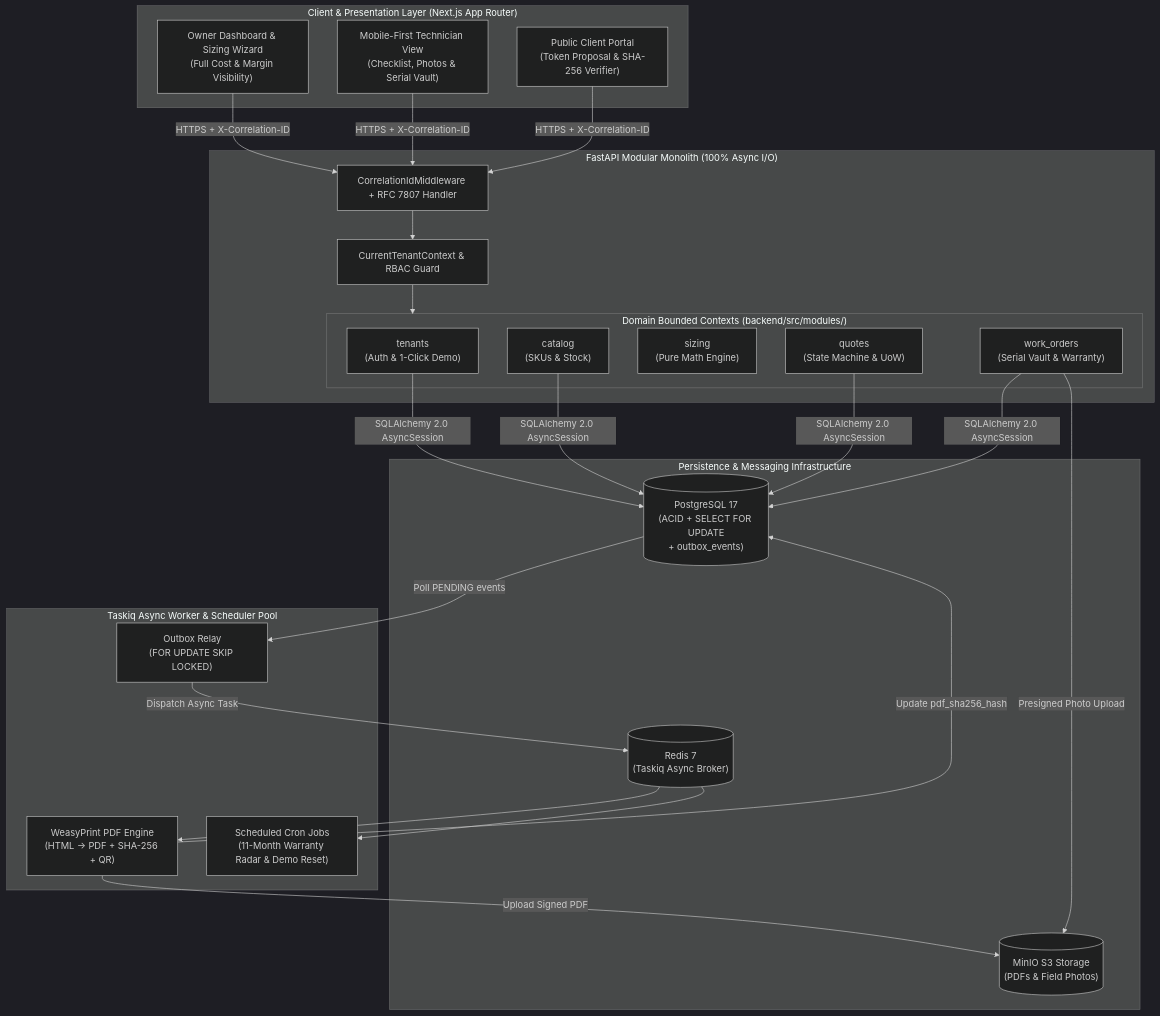
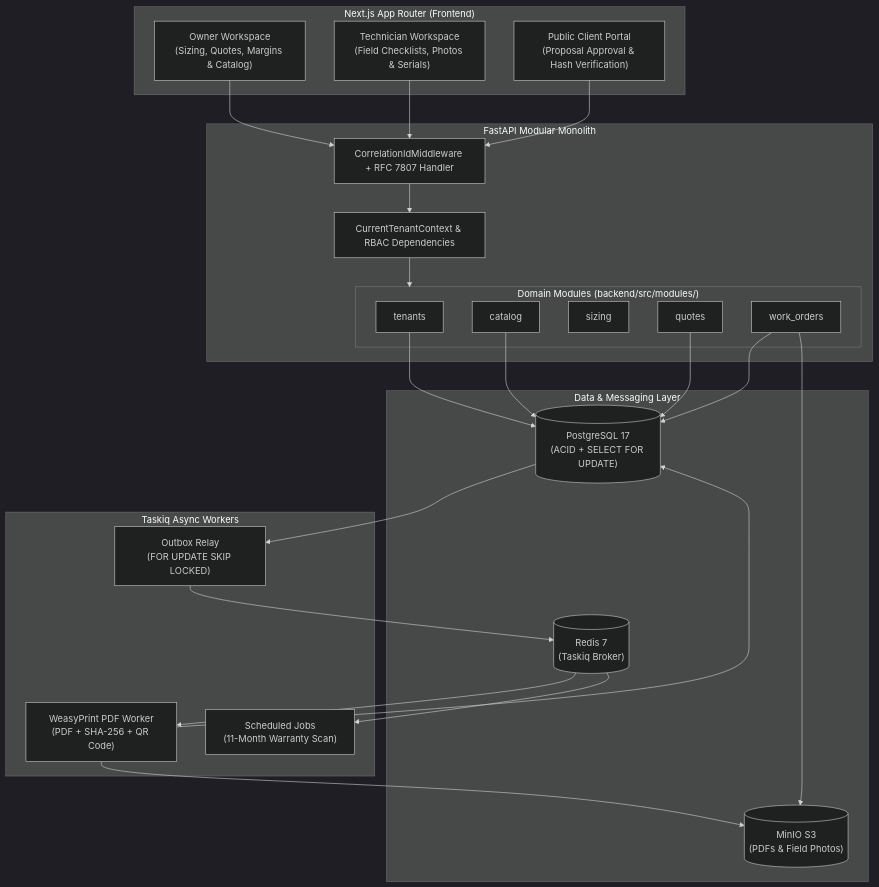
Before and after one commit to munraitoo13/bravo-erp: the diagram in README.md, drawn with Mermaid (dark theme). The commit also changed other lines of this file, not shown here.

````diff
--- a/README.md
+++ b/README.md
@@ -74,42 +67,42 @@
 ```mermaid
 flowchart TB
-    subgraph ClientLayer["Client & Presentation Layer (Next.js App Router)"]
-        UI_Owner["Owner Dashboard & Sizing Wizard<br/>(Full Cost & Margin Visibility)"]
-        UI_Tech["Mobile-First Technician View<br/>(Checklist, Photos & Serial Vault)"]
-        UI_Public["Public Client Portal<br/>(Token Proposal & SHA-256 Verifier)"]
+    subgraph Client["Next.js App Router (Frontend)"]
+        UI_Owner["Owner Workspace<br/>(Sizing, Quotes, Margins & Catalog)"]
+        UI_Tech["Technician Workspace<br/>(Field Checklists, Photos & Serials)"]
+        UI_Public["Public Client Portal<br/>(Proposal Approval & Hash Verification)"]
     end
 
-    subgraph APILayer["FastAPI Modular Monolith (100% Async I/O)"]
+    subgraph API["FastAPI Modular Monolith"]
         MW["CorrelationIdMiddleware + RFC 7807 Handler"]
-        AuthDI["CurrentTenantContext & RBAC Guard"]
-        subgraph Modules["Domain Bounded Contexts (backend/src/modules/)"]
-            M_Tenants["tenants<br/>(Auth & 1-Click Demo)"]
-            M_Catalog["catalog<br/>(SKUs & Stock)"]
-            M_Sizing["sizing<br/>(Pure Math Engine)"]
-            M_Quotes["quotes<br/>(State Machine & UoW)"]
-            M_WO["work_orders<br/>(Serial Vault & Warranty)"]
+        AuthDI["CurrentTenantContext & RBAC Dependencies"]
+        subgraph Modules["Domain Modules (backend/src/modules/)"]
+            M_Tenants["tenants"]
+            M_Catalog["catalog"]
+            M_Sizing["sizing"]
+            M_Quotes["quotes"]
+            M_WO["work_orders"]
         end
     end
 
-    subgraph DataLayer["Persistence & Messaging Infrastructure"]
-        PG[("PostgreSQL 17<br/>(ACID + SELECT FOR UPDATE<br/>+ outbox_events)")]
-        RD[("Redis 7<br/>(Taskiq Async Broker)")]
-        MinIO[("MinIO S3 Storage<br/>(PDFs & Field Photos)")]
+    subgraph Storage["Data & Messaging Layer"]
+        PG[("PostgreSQL 17<br/>(ACID + SELECT FOR UPDATE)")]
+        RD[("Redis 7<br/>(Taskiq Broker)")]
+        MinIO[("MinIO S3<br/>(PDFs & Field Photos)")]
     end
 
-    subgraph WorkerLayer["Taskiq Async Worker & Scheduler Pool"]
+    subgraph Workers["Taskiq Async Workers"]
         Relay["Outbox Relay<br/>(FOR UPDATE SKIP LOCKED)"]
-        PDFWorker["WeasyPrint PDF Engine<br/>(HTML -> PDF + SHA-256 + QR)"]
-        CronWorker["Scheduled Cron Jobs<br/>(11-Month Warranty Radar & Demo Reset)"]
+        PDFWorker["WeasyPrint PDF Worker<br/>(PDF + SHA-256 + QR Code)"]
+        CronWorker["Scheduled Jobs<br/>(11-Month Warranty Scan)"]
     end
 
-    UI_Owner & UI_Tech & UI_Public -->|"HTTPS + X-Correlation-ID"| MW
+    UI_Owner & UI_Tech & UI_Public --> MW
     MW --> AuthDI --> Modules
-    M_Quotes & M_Catalog & M_WO & M_Tenants -->|"SQLAlchemy 2.0 AsyncSession"| PG
-    PG -->|"Poll PENDING events"| Relay
-    Relay -->|"Dispatch Async Task"| RD
+    M_Quotes & M_Catalog & M_WO & M_Tenants --> PG
+    PG --> Relay
+    Relay --> RD
     RD --> PDFWorker & CronWorker
-    PDFWorker -->|"Upload Signed PDF"| MinIO
-    PDFWorker -->|"Update pdf_sha256_hash"| PG
-    M_WO -->|"Presigned Photo Upload"| MinIO
+    PDFWorker --> MinIO
+    PDFWorker --> PG
+    M_WO --> MinIO
 ```
````
